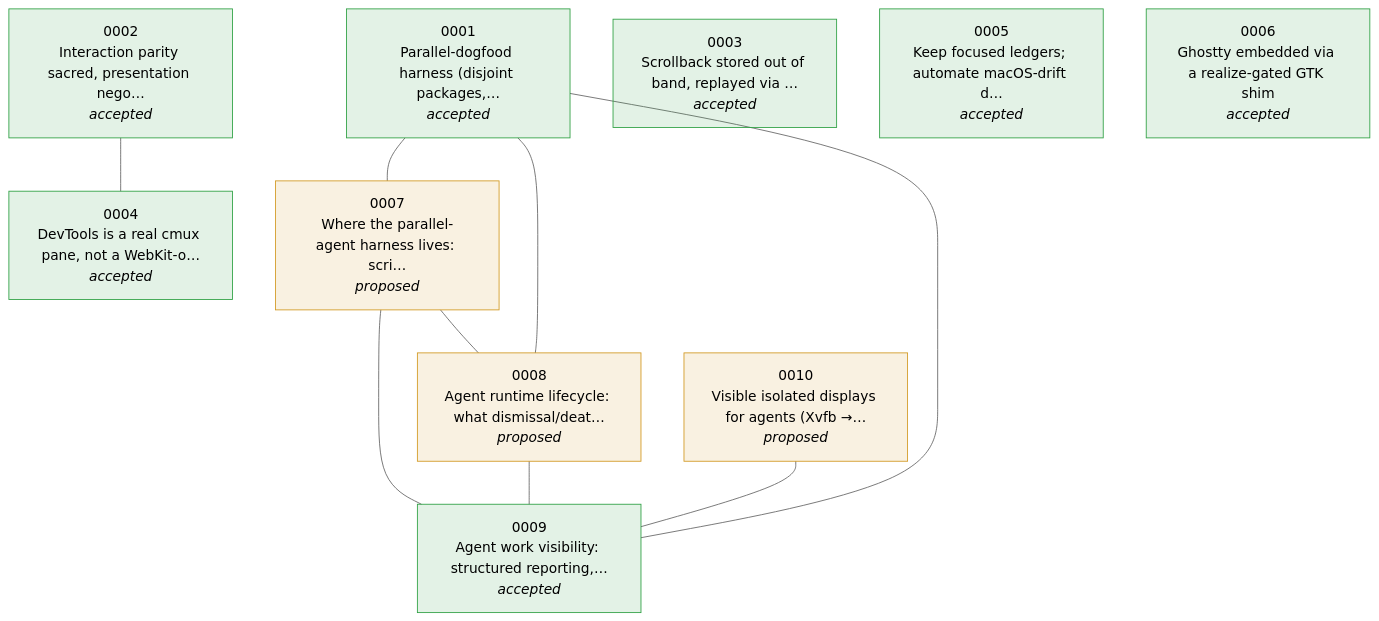
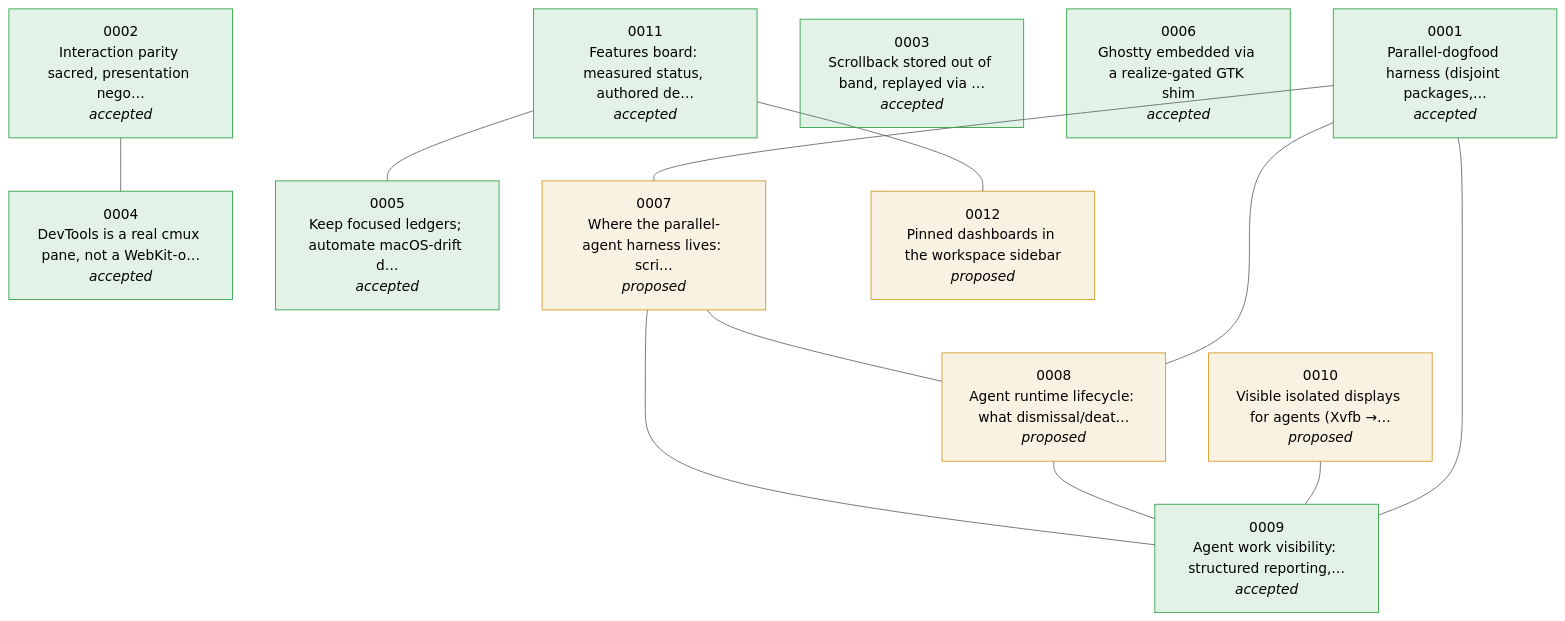
Before and after one commit to hiasihaho/cmux: the diagram in docs/linux-port/adr/_overview.md, drawn with Mermaid (neutral theme). The commit also changed other lines of this file and 4 other files, not shown here.

First line of the commit message:
docs(adr): 0011 features board (Accepted) + 0012 pinned dashboards (Proposed)

````diff
--- a/docs/linux-port/adr/_overview.md
+++ b/docs/linux-port/adr/_overview.md
@@ -5,31 +5,37 @@
 ```mermaid
 flowchart TD
     n0001["0001<br/>Parallel-dogfood harness (disjoint packages,…<br/><i>accepted</i>"]
     n0002["0002<br/>Interaction parity sacred, presentation nego…<br/><i>accepted</i>"]
     n0003["0003<br/>Scrollback stored out of band, replayed via …<br/><i>accepted</i>"]
     n0004["0004<br/>DevTools is a real cmux pane, not a WebKit-o…<br/><i>accepted</i>"]
     n0005["0005<br/>Keep focused ledgers; automate macOS-drift d…<br/><i>accepted</i>"]
     n0006["0006<br/>Ghostty embedded via a realize-gated GTK shim<br/><i>accepted</i>"]
     n0007["0007<br/>Where the parallel-agent harness lives: scri…<br/><i>proposed</i>"]
     n0008["0008<br/>Agent runtime lifecycle: what dismissal/deat…<br/><i>proposed</i>"]
     n0009["0009<br/>Agent work visibility: structured reporting,…<br/><i>accepted</i>"]
     n0010["0010<br/>Visible isolated displays for agents (Xvfb →…<br/><i>proposed</i>"]
+    n0011["0011<br/>Features board: measured status, authored de…<br/><i>accepted</i>"]
+    n0012["0012<br/>Pinned dashboards in the workspace sidebar<br/><i>proposed</i>"]
     n0001 --- n0007
     n0002 --- n0004
     n0007 --- n0008
     n0007 --- n0009
     n0008 --- n0001
     n0008 --- n0009
     n0009 --- n0001
     n0010 --- n0009
+    n0011 --- n0005
+    n0011 --- n0012
     style n0001 fill:#2ea04322,stroke:#2ea043
     style n0002 fill:#2ea04322,stroke:#2ea043
     style n0003 fill:#2ea04322,stroke:#2ea043
     style n0004 fill:#2ea04322,stroke:#2ea043
     style n0005 fill:#2ea04322,stroke:#2ea043
     style n0006 fill:#2ea04322,stroke:#2ea043
     style n0007 fill:#d2992222,stroke:#d29922
     style n0008 fill:#d2992222,stroke:#d29922
     style n0009 fill:#2ea04322,stroke:#2ea043
     style n0010 fill:#d2992222,stroke:#d29922
+    style n0011 fill:#2ea04322,stroke:#2ea043
+    style n0012 fill:#d2992222,stroke:#d29922
 ```
````
